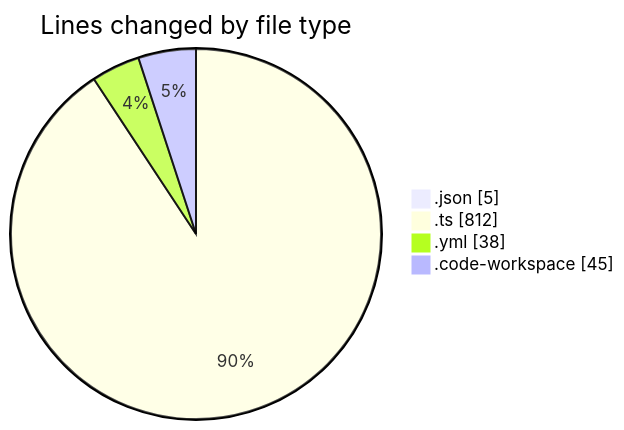
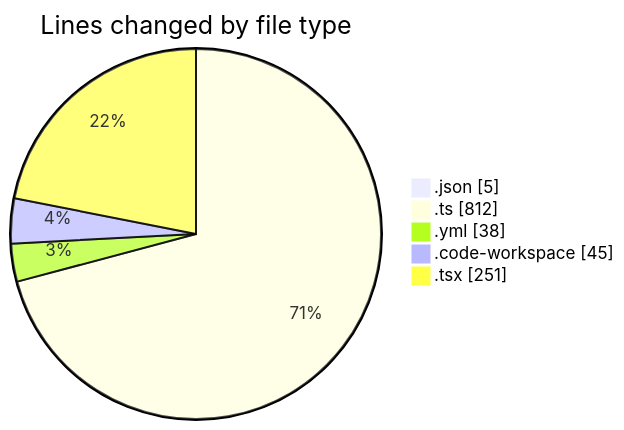
Before and after one commit to julien-gomy/code-tracking: the first of 2 diagrams in 2025-11-25/eventscop-frontend-guide__workspace_/README.md, drawn with Mermaid. The commit also changed other lines of this file and 1 other file, not shown here.

````diff
--- a/2025-11-25/eventscop-frontend-guide__workspace_/README.md
+++ b/2025-11-25/eventscop-frontend-guide__workspace_/README.md
@@ -24,8 +25,9 @@
 ```mermaid
 pie showData
 title Lines changed by file type
 ".json" : 5
 ".ts" : 812
 ".yml" : 38
 ".code-workspace" : 45
+".tsx" : 251
 ```
````
